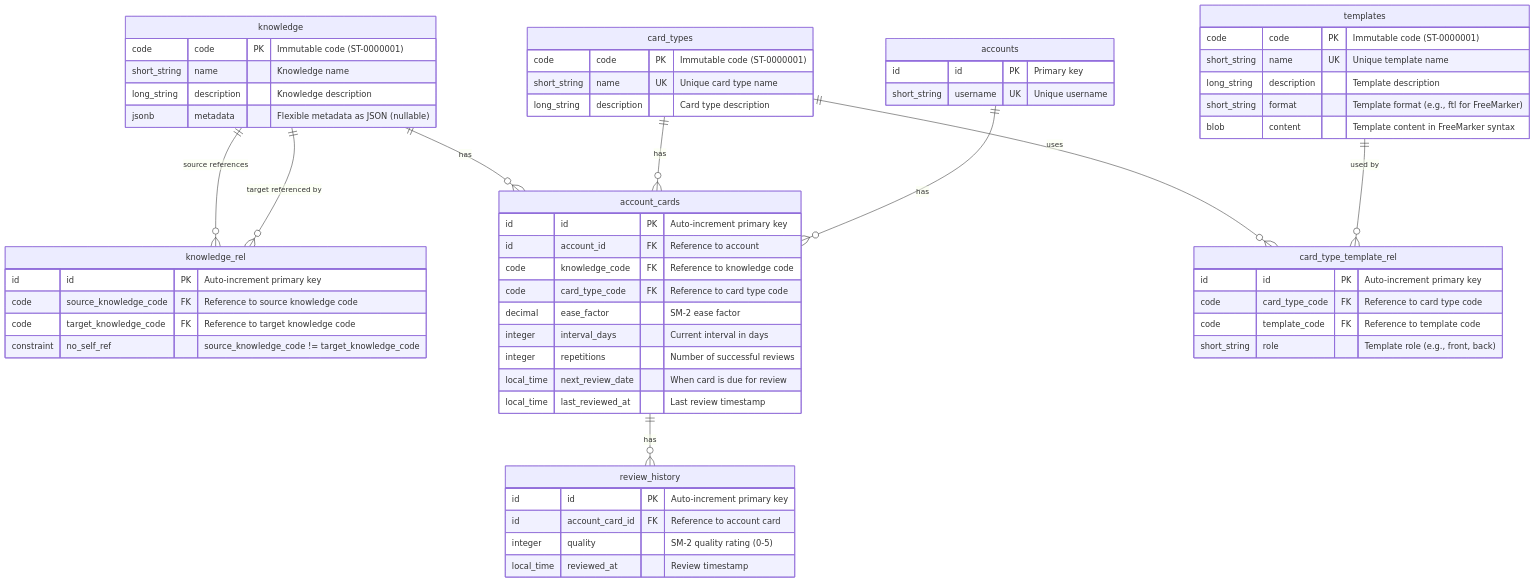
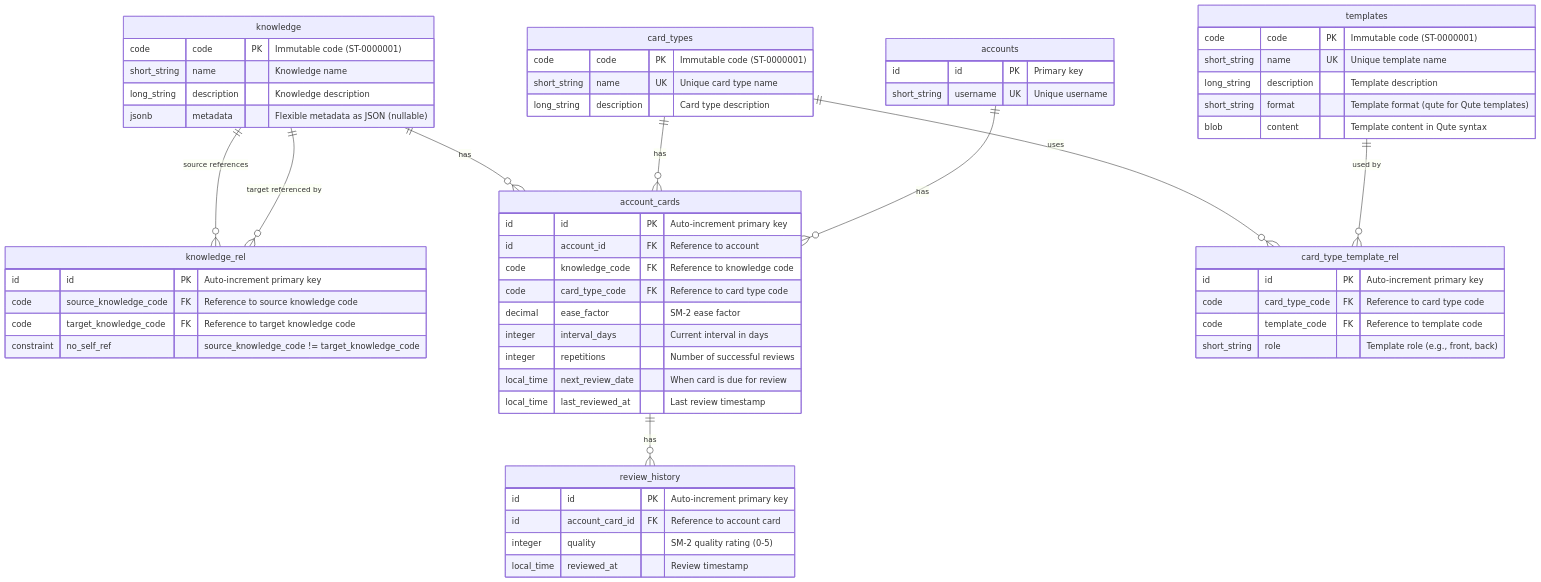
One commit to miguoliang/be-it-forever changed the first of 2 diagrams in ARCHITECTURE.md. Above: the diagram before and after it, drawn with Mermaid. The commit also changed other lines of this file and 37 other files, not shown here.

````diff
--- a/ARCHITECTURE.md
+++ b/ARCHITECTURE.md
@@ -441,70 +441,70 @@
 ```mermaid
 erDiagram
     knowledge ||--o{ knowledge_rel : "source references"
     knowledge ||--o{ knowledge_rel : "target referenced by"
     knowledge ||--o{ account_cards : "has"
     card_types ||--o{ card_type_template_rel : "uses"
     templates ||--o{ card_type_template_rel : "used by"
     card_types ||--o{ account_cards : "has"
     accounts ||--o{ account_cards : "has"
     account_cards ||--o{ review_history : "has"
     
     knowledge {
         code code PK "Immutable code (ST-0000001)"
         short_string name "Knowledge name"
         long_string description "Knowledge description"
         jsonb metadata "Flexible metadata as JSON (nullable)"
     }
     
     knowledge_rel {
         id id PK "Auto-increment primary key"
         code source_knowledge_code FK "Reference to source knowledge code"
         code target_knowledge_code FK "Reference to target knowledge code"
         constraint no_self_ref "source_knowledge_code != target_knowledge_code"
     }
     
     templates {
         code code PK "Immutable code (ST-0000001)"
         short_string name UK "Unique template name"
         long_string description "Template description"
-        short_string format "Template format (e.g., ftl for FreeMarker)"
-        blob content "Template content in FreeMarker syntax"
+        short_string format "Template format (qute for Qute templates)"
+        blob content "Template content in Qute syntax"
     }
     
     card_types {
         code code PK "Immutable code (ST-0000001)"
         short_string name UK "Unique card type name"
         long_string description "Card type description"
     }
     
     card_type_template_rel {
         id id PK "Auto-increment primary key"
         code card_type_code FK "Reference to card type code"
         code template_code FK "Reference to template code"
         short_string role "Template role (e.g., front, back)"
     }
     
     accounts {
         id id PK "Primary key"
         short_string username UK "Unique username"
     }
     
     account_cards {
         id id PK "Auto-increment primary key"
         id account_id FK "Reference to account"
         code knowledge_code FK "Reference to knowledge code"
         code card_type_code FK "Reference to card type code"
         decimal ease_factor "SM-2 ease factor"
         integer interval_days "Current interval in days"
         integer repetitions "Number of successful reviews"
         local_time next_review_date "When card is due for review"
         local_time last_reviewed_at "Last review timestamp"
     }
     
     review_history {
         id id PK "Auto-increment primary key"
         id account_card_id FK "Reference to account card"
         integer quality "SM-2 quality rating (0-5)"
         local_time reviewed_at "Review timestamp"
     }
 ```
````
